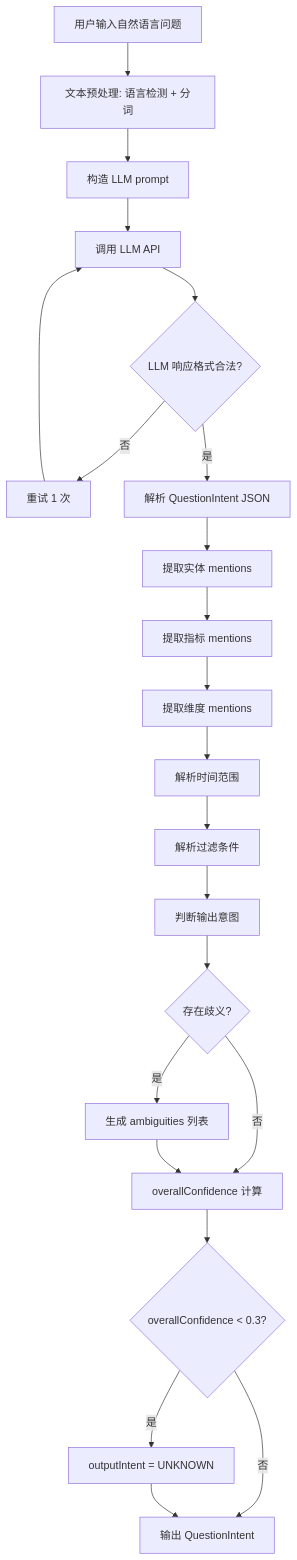
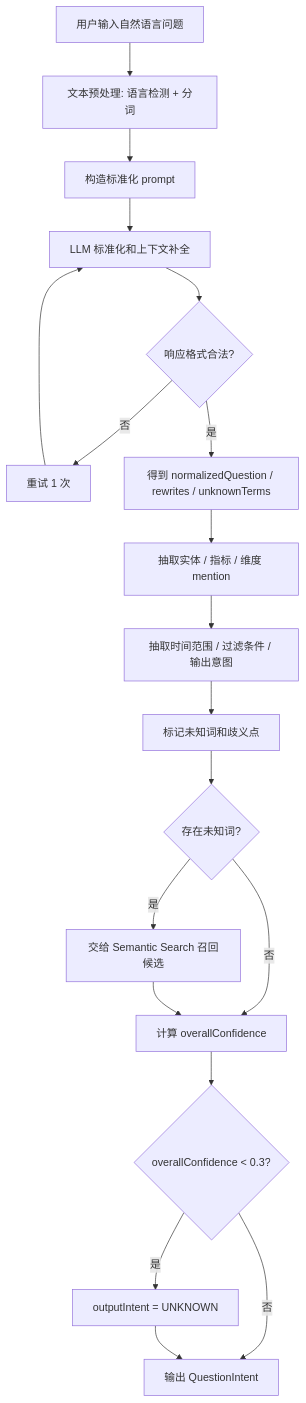
Before and after one commit to xiaoguang/relation-detector: the first of 4 diagrams in docs/design/semantic-layer/08-question-understanding.md, drawn with Mermaid. The commit also changed other lines of this file and 3 other files, not shown here.

````diff
--- a/docs/design/semantic-layer/08-question-understanding.md
+++ b/docs/design/semantic-layer/08-question-understanding.md
@@ -71,24 +81,21 @@
 ```mermaid
 flowchart TD
     A[用户输入自然语言问题] --> B[文本预处理: 语言检测 + 分词]
-    B --> C[构造 LLM prompt]
-    C --> D[调用 LLM API]
-    D --> E{LLM 响应格式合法?}
+    B --> C[构造标准化 prompt]
+    C --> D[LLM 标准化和上下文补全]
+    D --> E{响应格式合法?}
     E -- 否 --> F[重试 1 次]
     F --> D
-    E -- 是 --> G[解析 QuestionIntent JSON]
-    G --> H[提取实体 mentions]
-    H --> I[提取指标 mentions]
-    I --> J[提取维度 mentions]
-    J --> K[解析时间范围]
-    K --> L[解析过滤条件]
-    L --> M[判断输出意图]
-    M --> N{存在歧义?}
-    N -- 是 --> O[生成 ambiguities 列表]
-    N -- 否 --> P[overallConfidence 计算]
+    E -- 是 --> G[得到 normalizedQuestion / rewrites / unknownTerms]
+    G --> H[抽取实体 / 指标 / 维度 mention]
+    H --> I[抽取时间范围 / 过滤条件 / 输出意图]
+    I --> J[标记未知词和歧义点]
+    J --> K{存在未知词?}
+    K -- 是 --> L[交给 Semantic Search 召回候选]
+    K -- 否 --> M[计算 overallConfidence]
+    L --> M
+    M --> N{overallConfidence < 0.3?}
+    N -- 是 --> O[outputIntent = UNKNOWN]
+    N -- 否 --> P[输出 QuestionIntent]
     O --> P
-    P --> Q{overallConfidence < 0.3?}
-    Q -- 是 --> R[outputIntent = UNKNOWN]
-    Q -- 否 --> S[输出 QuestionIntent]
-    R --> S
 ```
````
